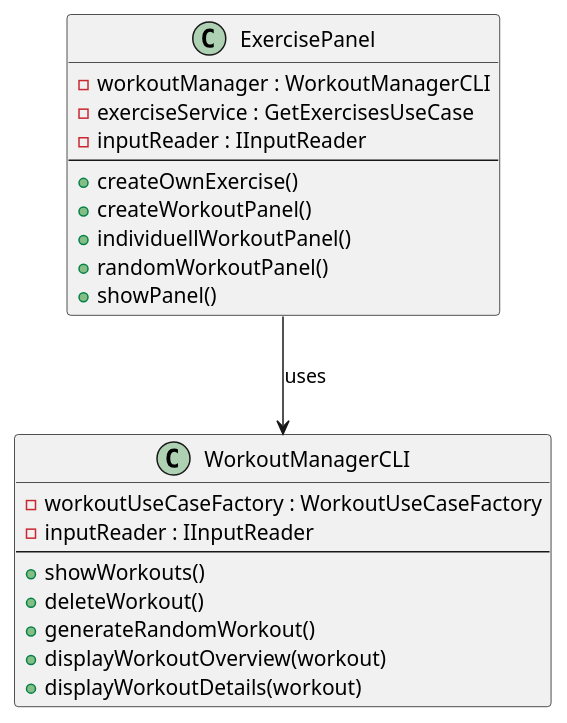
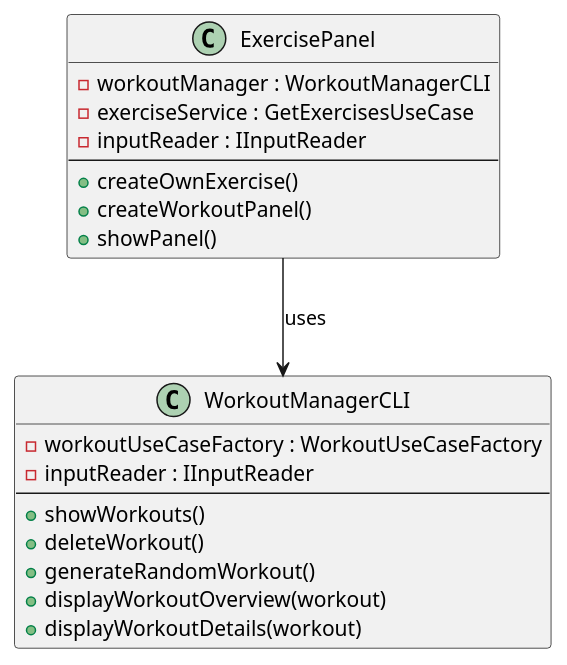
The diagram in protokoll/UML/kapitel7/umlafter.puml (NeeroxZ/FitTrackPro_v2), drawn with PlantUML before and after one commit. The commit also changed 9 other files, not shown here.

```diff
--- a/protokoll/UML/kapitel7/umlafter.puml
+++ b/protokoll/UML/kapitel7/umlafter.puml
@@ -1,26 +1,24 @@
 @startuml
 class ExercisePanel {
   - workoutManager : WorkoutManagerCLI
   - exerciseService : GetExercisesUseCase
   - inputReader : IInputReader
   --
   + createOwnExercise()
   + createWorkoutPanel()
-  + individuellWorkoutPanel()
-  + randomWorkoutPanel()
   + showPanel()
 }
 
 class WorkoutManagerCLI {
   - workoutUseCaseFactory : WorkoutUseCaseFactory
   - inputReader : IInputReader
   --
   + showWorkouts()
   + deleteWorkout()
   + generateRandomWorkout()
   + displayWorkoutOverview(workout)
   + displayWorkoutDetails(workout)
 }
 
 ExercisePanel --> WorkoutManagerCLI : uses
 @enduml
```
